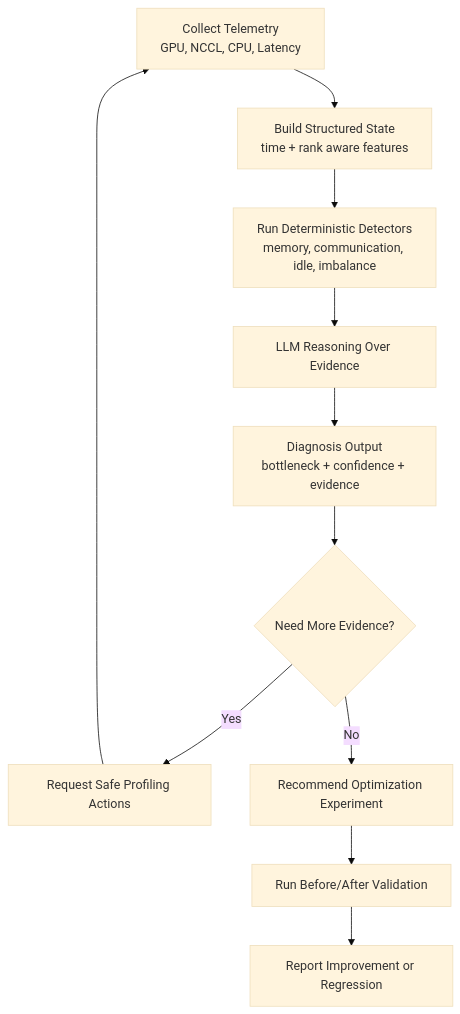
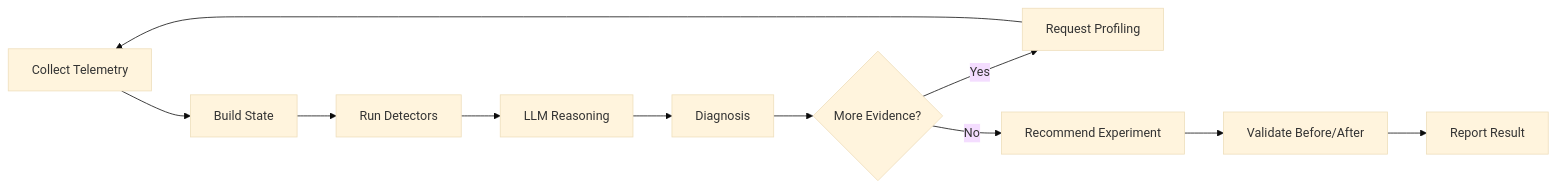
The diagram in README.md (AZFAR176/LLm-Gpu-Profiler), drawn with Mermaid (base theme) before and after one commit.

Commit message:
Make flow diagram compact and smaller

````diff
--- a/README.md
+++ b/README.md
@@ -11,13 +11,13 @@
 ```mermaid
-flowchart TD
-    A[Collect Telemetry<br/>GPU, NCCL, CPU, Latency] --> B[Build Structured State<br/>time + rank aware features]
-    B --> C[Run Deterministic Detectors<br/>memory, communication, idle, imbalance]
-    C --> D[LLM Reasoning Over Evidence]
-    D --> E[Diagnosis Output<br/>bottleneck + confidence + evidence]
-    E --> F{Need More Evidence?}
-    F -->|Yes| G[Request Safe Profiling Actions]
+flowchart LR
+    A[Collect Telemetry] --> B[Build State]
+    B --> C[Run Detectors]
+    C --> D[LLM Reasoning]
+    D --> E[Diagnosis]
+    E --> F{More Evidence?}
+    F -->|Yes| G[Request Profiling]
     G --> A
-    F -->|No| H[Recommend Optimization Experiment]
-    H --> I[Run Before/After Validation]
-    I --> J[Report Improvement or Regression]
+    F -->|No| H[Recommend Experiment]
+    H --> I[Validate Before/After]
+    I --> J[Report Result]
 ```
````
